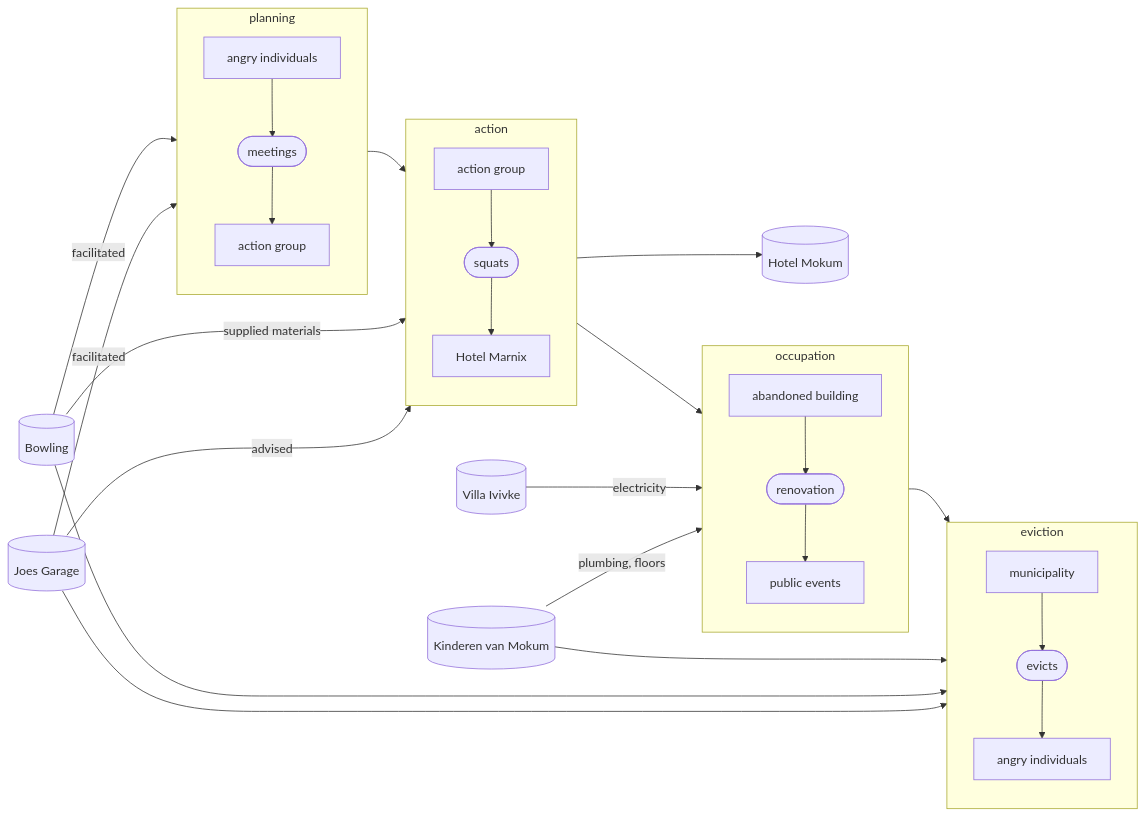
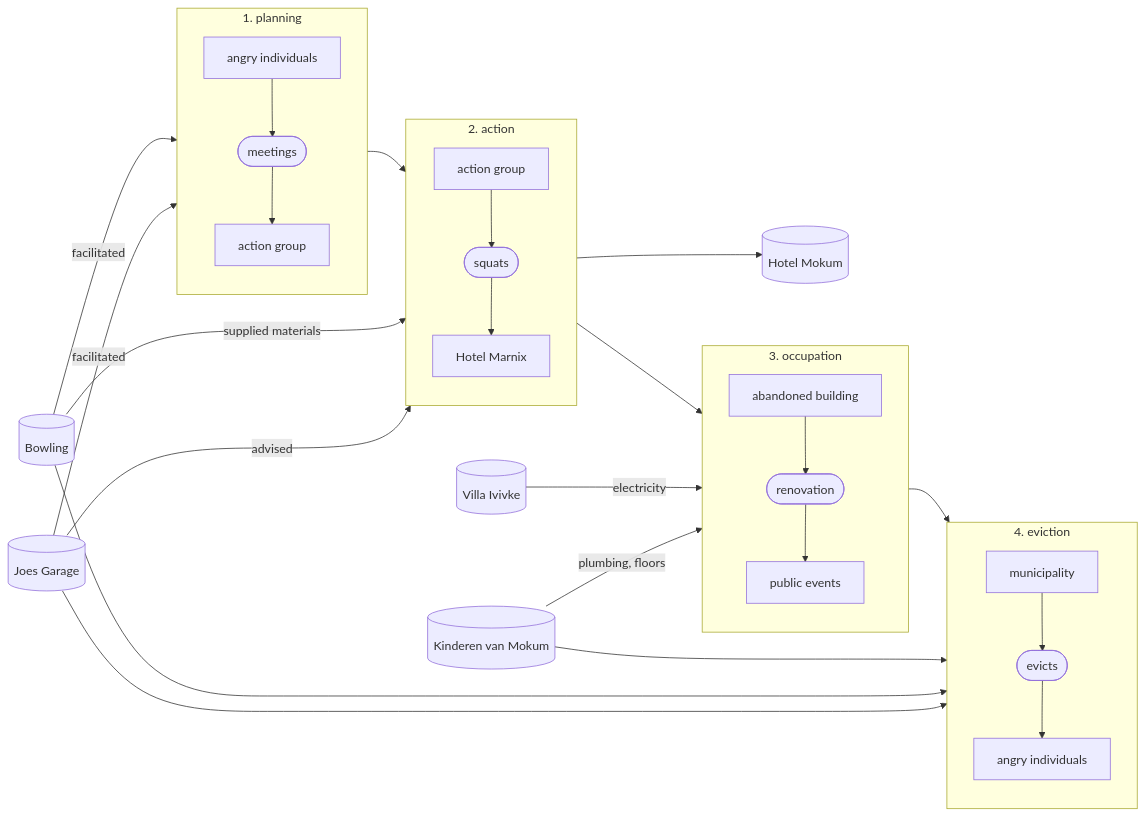
One commit to neajul/New-Dependencies changed the second of 3 diagrams in Writing/New Dependencies.md. Above: the diagram before and after it, drawn with Mermaid. The commit also changed other lines of this file and 4 other files, not shown here.

````diff
--- a/Writing/New Dependencies.md
+++ b/Writing/New Dependencies.md
@@ -223,52 +226,52 @@
 ```mermaid
 flowchart LR;
 		1[(Joes Garage)];
 		2[(Bowling)];
 		3[(Kinderen van Mokum)];
 		4[(Villa Ivivke)];
 		5[(Hotel Mokum)];
 		
     A[angry individuals];
     B([meetings]);
     C[action group];
     
-    subgraph planning;
+    subgraph planning[1. planning];
     		A-->B-->C;
     end;
     1-- facilitated -->planning;
     2-- facilitated -->planning;
     
     D[action group];
     E([squats]);
     F[Hotel Marnix];
     
-    subgraph action;
+    subgraph action[2. action];
     		D-->E-->F;
     end;
     action --> 5;
     1-- advised -->action;
     2-- supplied materials -->action;
     
     G[abandoned building];
     H([renovation]);
     I[public events];
     
-    subgraph occupation;
+    subgraph occupation[3. occupation];
     		G-->H-->I;
     end;
     3-- plumbing, floors -->occupation;
     4-- electricity -->occupation;
     
     J[municipality]
     K([evicts])
     L[angry individuals]
     
-    subgraph eviction
+    subgraph eviction[4. eviction]
     		J-->K-->L
     end
     1 & 2 & 3 --> eviction
     
     planning-->action;
     action-->occupation;
     occupation-->eviction;
 ```
````
